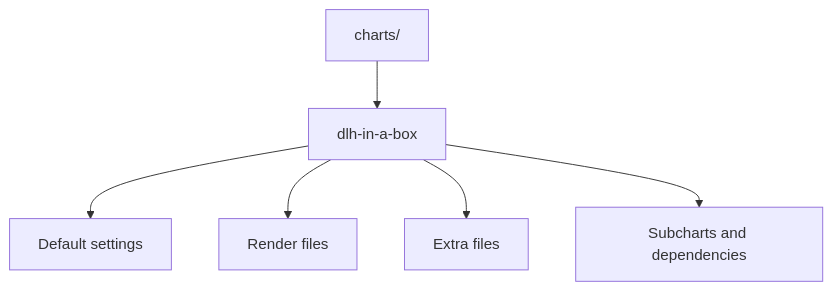
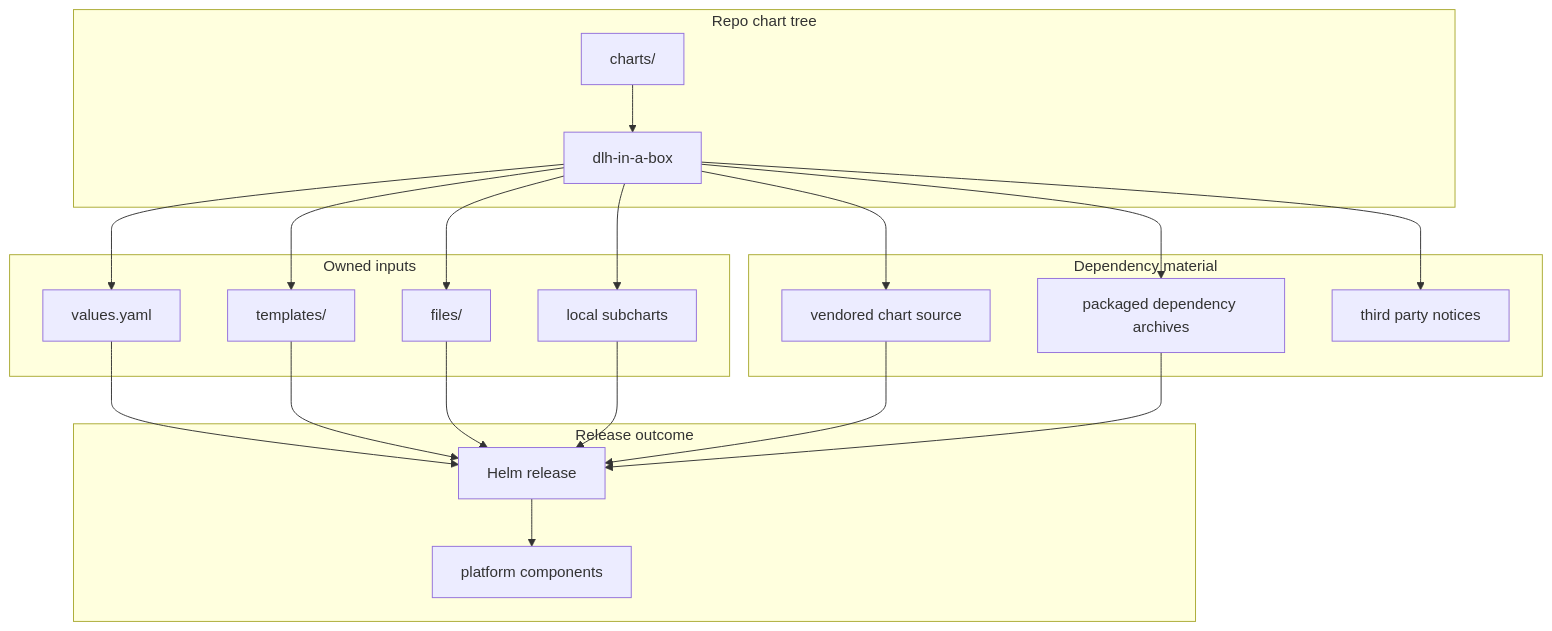
The diagram in charts/README.md (sanger-pathogens/dlh-in-a-box-umbrella-helm-chart), drawn with Mermaid before and after one commit. The commit also changed other lines of this file and 34 other files, not shown here.

Commit message:
docs: expand repo guides and add umbrella chart manual

````diff
--- a/charts/README.md
+++ b/charts/README.md
@@ -7,8 +16,41 @@
 ```mermaid
 flowchart TD
-  Charts[charts/] --> Umbrella[dlh-in-a-box]
-  Umbrella --> Values[Default settings]
-  Umbrella --> Templates[Render files]
-  Umbrella --> Files[Extra files]
-  Umbrella --> Deps[Subcharts and dependencies]
+  subgraph Source["Repo chart tree"]
+    ChartsFolder[charts/]
+    Umbrella[dlh-in-a-box]
+  end
+
+  subgraph Inputs["Owned inputs"]
+    Values[values.yaml]
+    Templates[templates/]
+    Files[files/]
+    LocalSubcharts[local subcharts]
+  end
+
+  subgraph Dependencies["Dependency material"]
+    Vendored[vendored chart source]
+    Archives[packaged dependency archives]
+    Notices[third party notices]
+  end
+
+  subgraph Output["Release outcome"]
+    Release[Helm release]
+    Platform[platform components]
+  end
+
+  ChartsFolder --> Umbrella
+  Umbrella --> Values
+  Umbrella --> Templates
+  Umbrella --> Files
+  Umbrella --> LocalSubcharts
+  Umbrella --> Vendored
+  Umbrella --> Archives
+  Umbrella --> Notices
+  Values --> Release
+  Templates --> Release
+  Files --> Release
+  LocalSubcharts --> Release
+  Vendored --> Release
+  Archives --> Release
+  Release --> Platform
 ```
````
